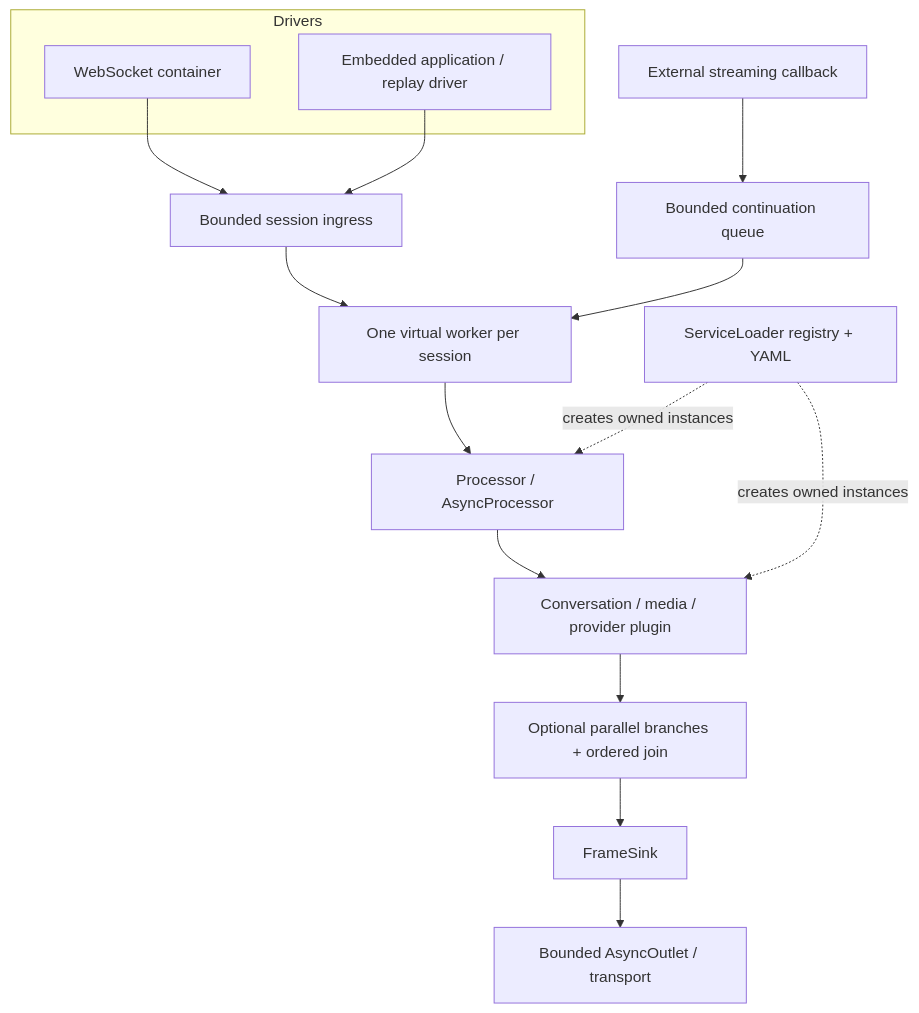
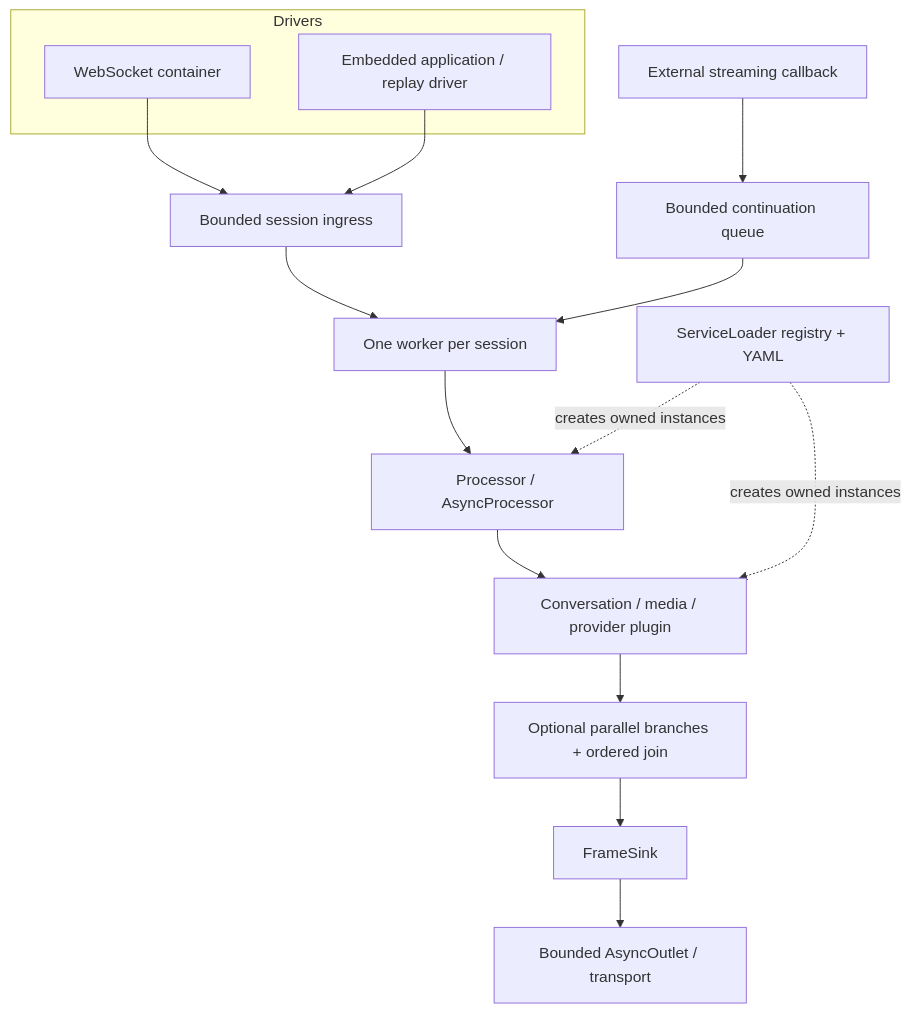
One commit to g5n-dev/ominicat changed the diagram in docs/architecture.md. Above: the diagram before and after it, drawn with Mermaid. The commit also changed other lines of this file and 104 other files, not shown here.

````diff
--- a/docs/architecture.md
+++ b/docs/architecture.md
@@ -5,19 +5,19 @@
 ```mermaid
 flowchart TB
     subgraph Drivers
       WS[WebSocket container]
       APP[Embedded application / replay driver]
     end
     WS --> Q[Bounded session ingress]
     APP --> Q
-    Q --> K[One virtual worker per session]
+    Q --> K[One worker per session]
     K --> P1[Processor / AsyncProcessor]
     P1 --> P2[Conversation / media / provider plugin]
     P2 --> J[Optional parallel branches + ordered join]
     J --> O[FrameSink]
     O --> OUT[Bounded AsyncOutlet / transport]
     CB[External streaming callback] --> CQ[Bounded continuation queue]
     CQ --> K
     SPI[ServiceLoader registry + YAML] -. creates owned instances .-> P1
     SPI -. creates owned instances .-> P2
 ```
````
